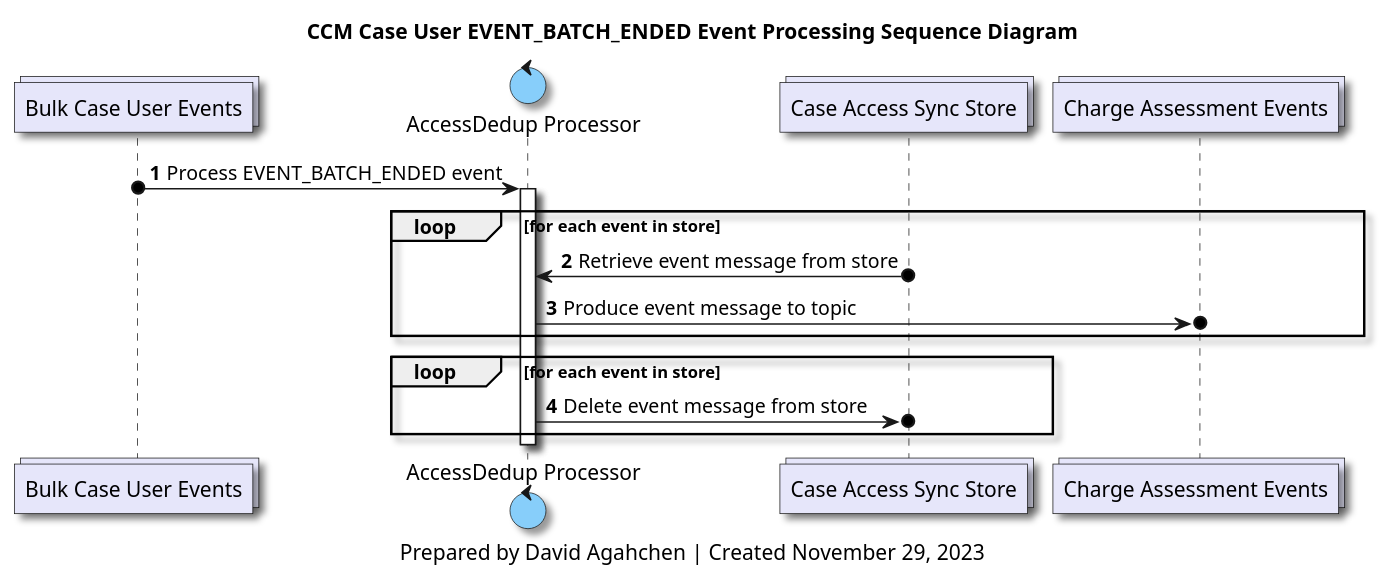
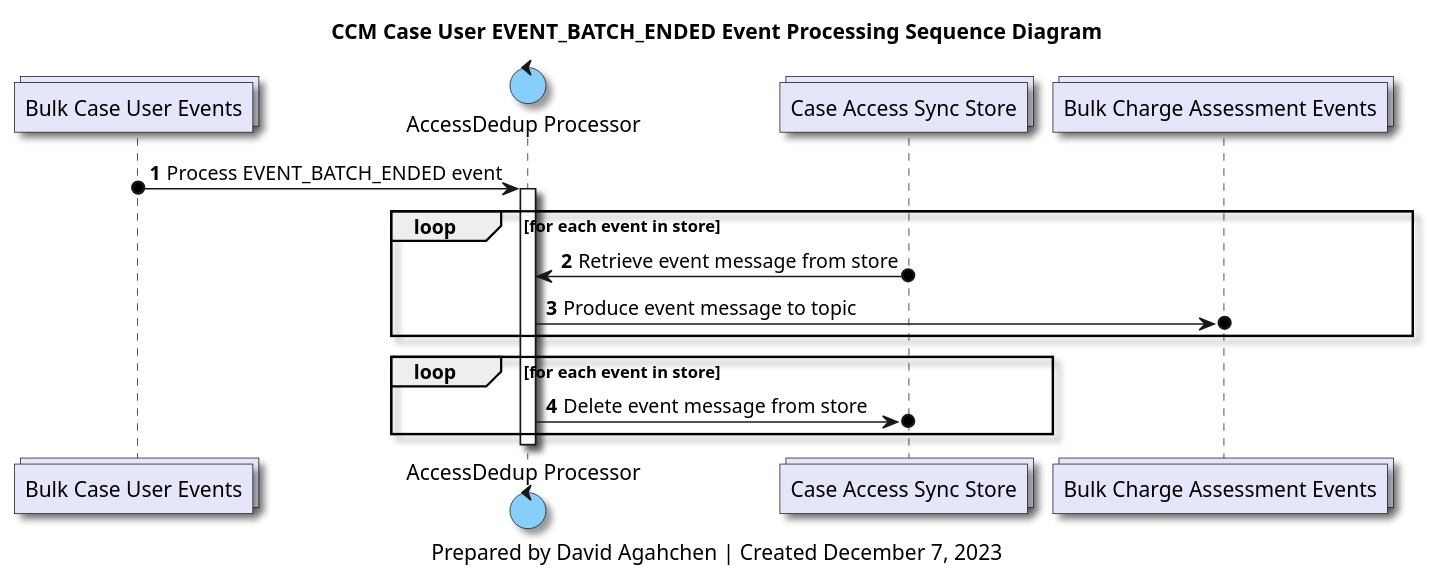
Before and after one commit to bcgov/jpss-jade-ccm: the diagram in diagrams/ccm_case_user_event_batch_ended_processing_sequence_diagram.plantuml, drawn with PlantUML. The commit also changed 18 other files, not shown here.

```diff
--- a/diagrams/ccm_case_user_event_batch_ended_processing_sequence_diagram.plantuml
+++ b/diagrams/ccm_case_user_event_batch_ended_processing_sequence_diagram.plantuml
@@ -1,43 +1,43 @@
 @startuml
 'hide footbox
 
 skinparam Shadowing true
 skinparam CollectionsBackgroundColor Lavender
 skinparam ControlBackgroundColor LightSkyBlue
 skinparam BoundaryBackgroundColor LightGrey
 
 /' 
 Available colours
 https://plantuml-documentation.readthedocs.io/en/latest/formatting/color-names.html
 '/
 
 collections bulk_case_users_topic as "Bulk Case User Events"
 control accessdedup_processor as "AccessDedup Processor"
 collections case_access_sync_store as "Case Access Sync Store"
-collections charge_assessments_topic as "Charge Assessment Events"
+collections bulk_charge_assessments_topic as "Bulk Charge Assessment Events"
 
 title
 CCM Case User EVENT_BATCH_ENDED Event Processing Sequence Diagram
 end title
 
 autonumber
 
 bulk_case_users_topic o-> accessdedup_processor : Process EVENT_BATCH_ENDED event
 
 activate accessdedup_processor
 
 loop for each event in store
     accessdedup_processor <-o case_access_sync_store : Retrieve event message from store
-    accessdedup_processor ->o charge_assessments_topic : Produce event message to topic
+    accessdedup_processor ->o bulk_charge_assessments_topic : Produce event message to topic
 end loop
 
 loop for each event in store
     accessdedup_processor ->o case_access_sync_store : Delete event message from store
 end loop
 
 deactivate accessdedup_processor
 
 caption
-Prepared by David Agahchen | Created November 29, 2023
+Prepared by David Agahchen | Created December 7, 2023
 end caption
 @enduml
```
